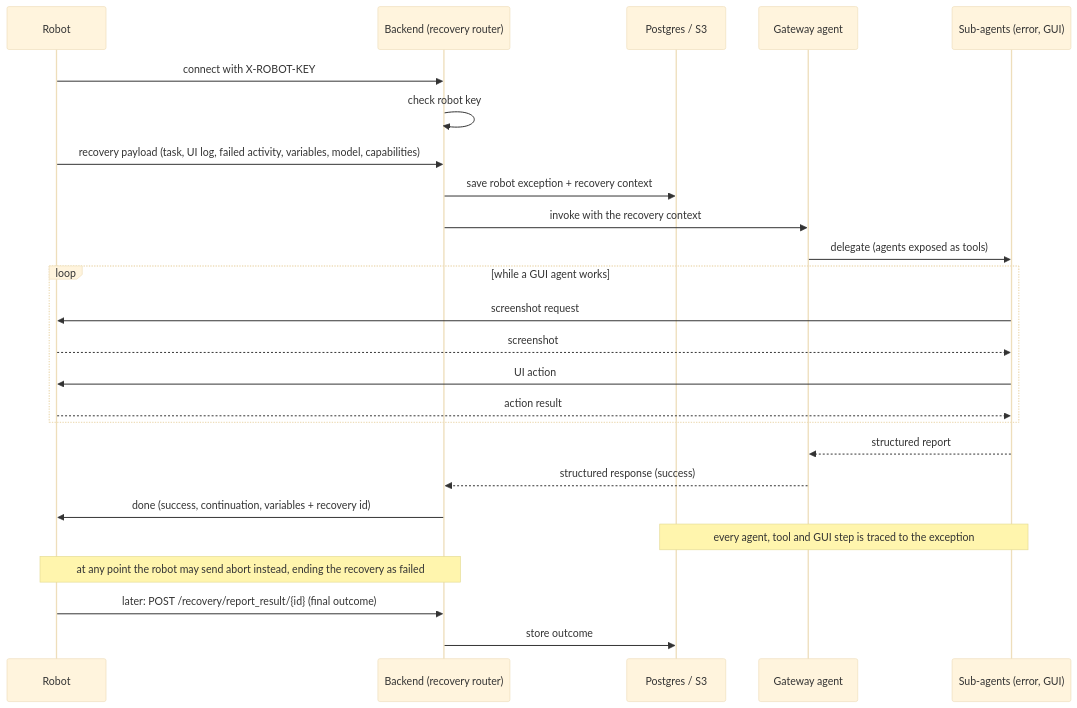
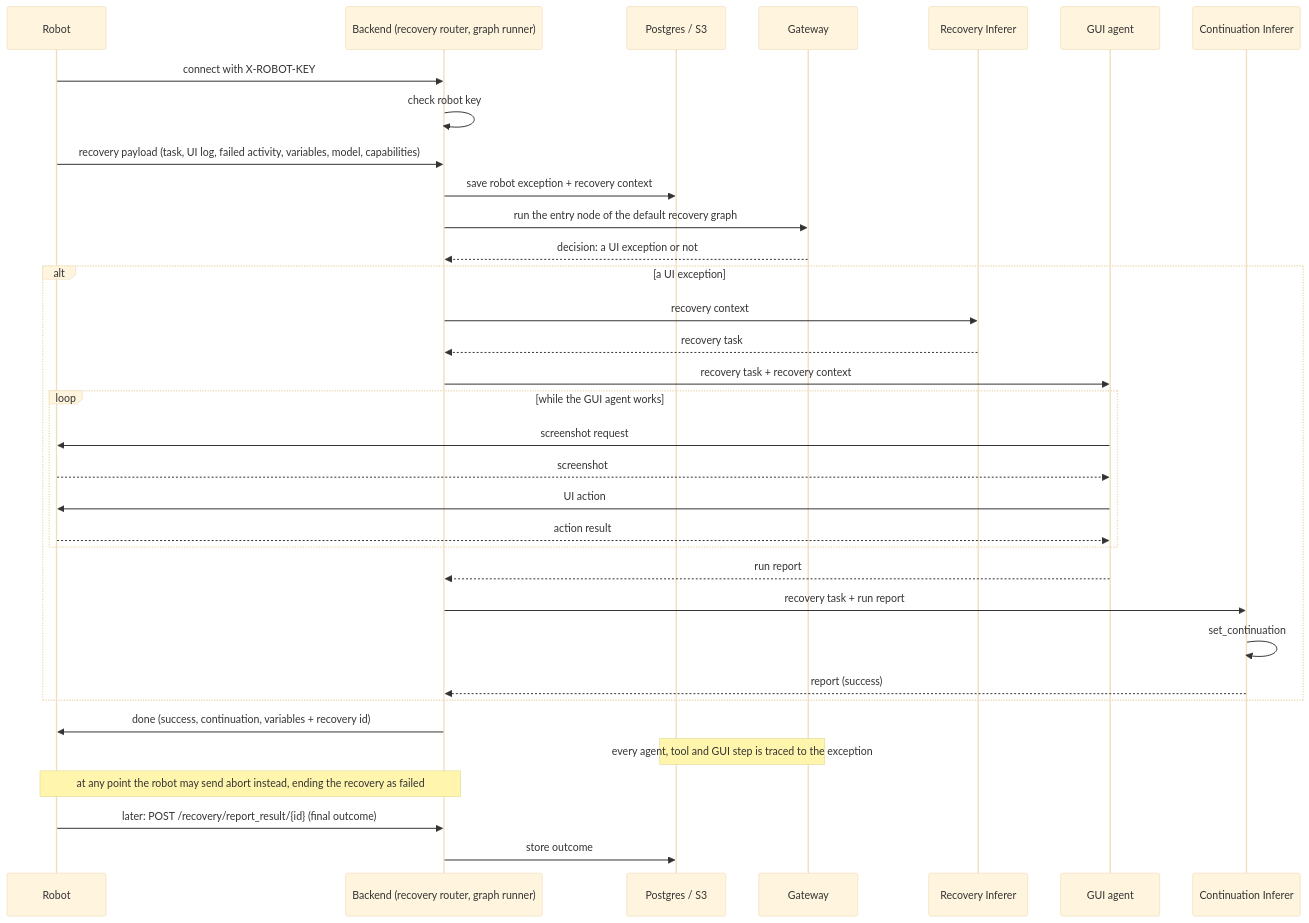
One commit to TunixR/Reparo changed the diagram in ARCHITECTURE.md. Above: the diagram before and after it, drawn with Mermaid (base theme). The commit also changed other lines of this file and 75 other files, not shown here.

First line of the commit message:
feat(agents)!: run recoveries as database-defined agent graphs (#293)

````diff
--- a/ARCHITECTURE.md
+++ b/ARCHITECTURE.md
@@ -29,28 +30,37 @@
 ```mermaid
 sequenceDiagram
     participant R as Robot
-    participant WS as Backend (recovery router)
+    participant WS as Backend (recovery router, graph runner)
     participant DB as Postgres / S3
-    participant G as Gateway agent
-    participant S as Sub-agents (error, GUI)
+    participant G as Gateway
+    participant I as Recovery Inferer
+    participant GUI as GUI agent
+    participant C as Continuation Inferer
 
     R->>WS: connect with X-ROBOT-KEY
     WS->>WS: check robot key
     R->>WS: recovery payload (task, UI log, failed activity, variables, model, capabilities)
     WS->>DB: save robot exception + recovery context
-    WS->>G: invoke with the recovery context
-    G->>S: delegate (agents exposed as tools)
-    loop while a GUI agent works
-        S->>R: screenshot request
-        R-->>S: screenshot
-        S->>R: UI action
-        R-->>S: action result
+    WS->>G: run the entry node of the default recovery graph
+    G-->>WS: decision: a UI exception or not
+    alt a UI exception
+        WS->>I: recovery context
+        I-->>WS: recovery task
+        WS->>GUI: recovery task + recovery context
+        loop while the GUI agent works
+            GUI->>R: screenshot request
+            R-->>GUI: screenshot
+            GUI->>R: UI action
+            R-->>GUI: action result
+        end
+        GUI-->>WS: run report
+        WS->>C: recovery task + run report
+        C->>C: set_continuation
+        C-->>WS: report (success)
     end
-    S-->>G: structured report
-    G-->>WS: structured response (success)
     WS->>R: done (success, continuation, variables + recovery id)
-    Note over S,DB: every agent, tool and GUI step is traced to the exception
+    Note over G,DB: every agent, tool and GUI step is traced to the exception
     Note over R,WS: at any point the robot may send abort instead, ending the recovery as failed
     R->>WS: later: POST /recovery/report_result/{id} (final outcome)
     WS->>DB: store outcome
 ```
````
